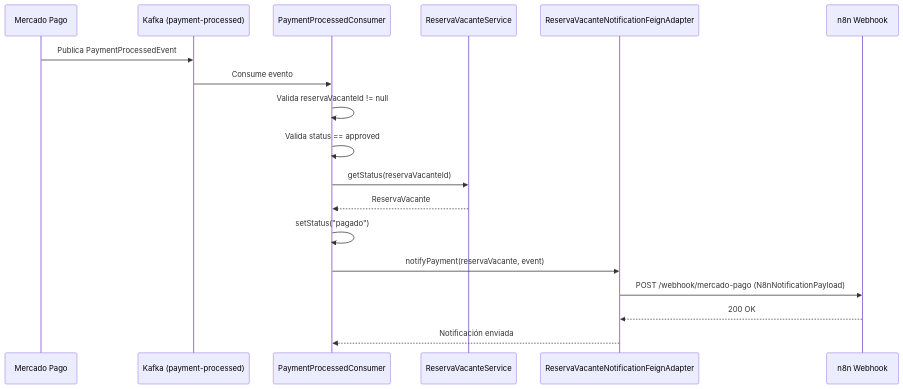
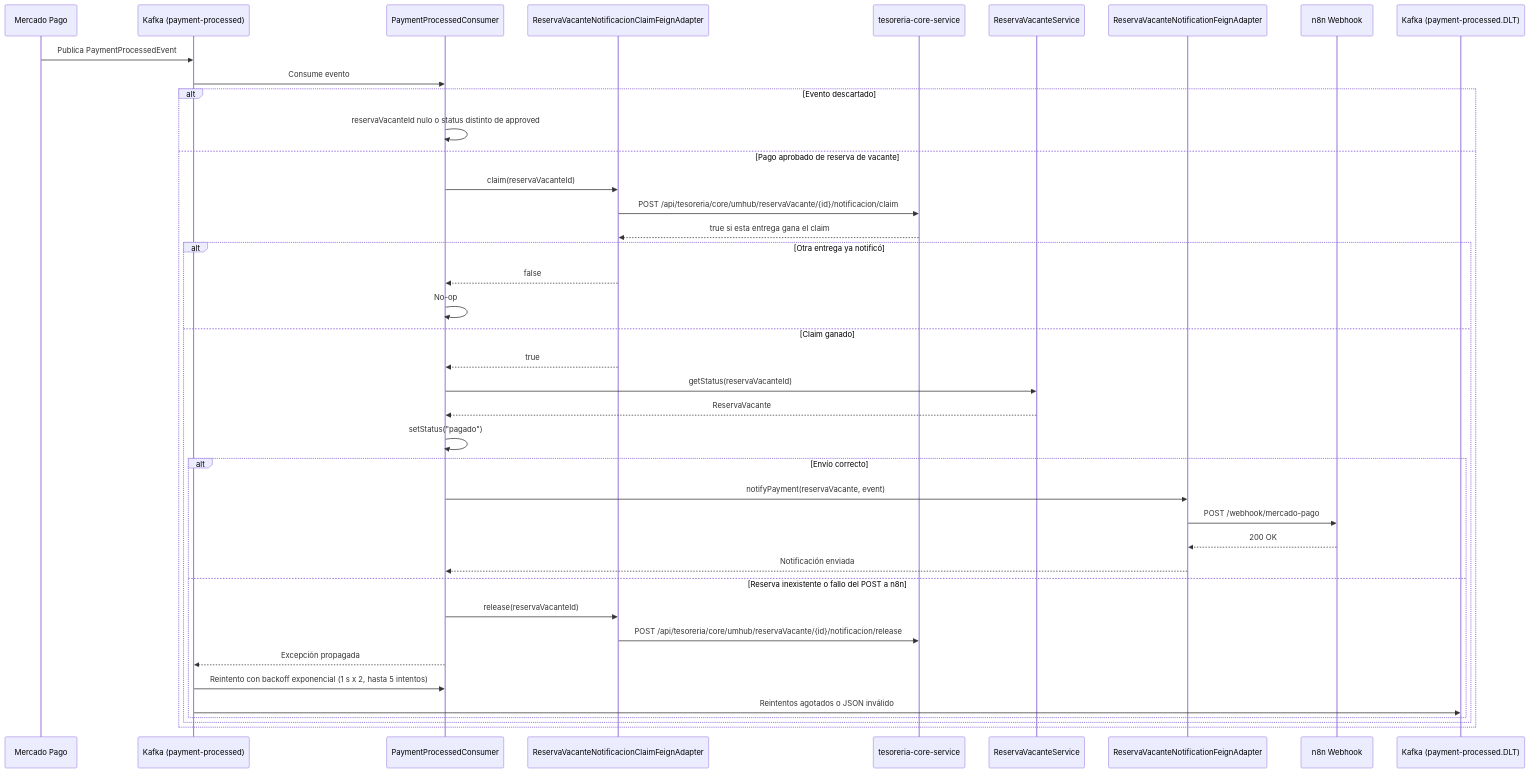
The diagram in docs/diagrams/flujo-pago-kafka.mmd (UM-services/UM.tesoreria.umhub-service), drawn with Mermaid before and after one commit. The commit also changed 6 other files, not shown here.

````diff
--- a/docs/diagrams/flujo-pago-kafka.mmd
+++ b/docs/diagrams/flujo-pago-kafka.mmd
@@ -1,21 +1,43 @@
 ```mermaid
 sequenceDiagram
     participant MP as Mercado Pago
     participant KAFKA as Kafka (payment-processed)
     participant CONSUMER as PaymentProcessedConsumer
+    participant CLAIM as ReservaVacanteNotificacionClaimFeignAdapter
+    participant CORE as tesoreria-core-service
     participant SVC as ReservaVacanteService
     participant NOTIF as ReservaVacanteNotificationFeignAdapter
     participant N8N as n8n Webhook
+    participant DLT as Kafka (payment-processed.DLT)
 
     MP->>KAFKA: Publica PaymentProcessedEvent
     KAFKA->>CONSUMER: Consume evento
-    CONSUMER->>CONSUMER: Valida reservaVacanteId != null
-    CONSUMER->>CONSUMER: Valida status == approved
-    CONSUMER->>SVC: getStatus(reservaVacanteId)
-    SVC-->>CONSUMER: ReservaVacante
-    CONSUMER->>CONSUMER: setStatus("pagado")
-    CONSUMER->>NOTIF: notifyPayment(reservaVacante, event)
-    NOTIF->>N8N: POST /webhook/mercado-pago (N8nNotificationPayload)
-    N8N-->>NOTIF: 200 OK
-    NOTIF-->>CONSUMER: Notificación enviada
+    alt Evento descartado
+        CONSUMER->>CONSUMER: reservaVacanteId nulo o status distinto de approved
+    else Pago aprobado de reserva de vacante
+        CONSUMER->>CLAIM: claim(reservaVacanteId)
+        CLAIM->>CORE: POST /api/tesoreria/core/umhub/reservaVacante/{id}/notificacion/claim
+        CORE-->>CLAIM: true si esta entrega gana el claim
+        alt Otra entrega ya notificó
+            CLAIM-->>CONSUMER: false
+            CONSUMER->>CONSUMER: No-op
+        else Claim ganado
+            CLAIM-->>CONSUMER: true
+            CONSUMER->>SVC: getStatus(reservaVacanteId)
+            SVC-->>CONSUMER: ReservaVacante
+            CONSUMER->>CONSUMER: setStatus("pagado")
+            alt Envío correcto
+                CONSUMER->>NOTIF: notifyPayment(reservaVacante, event)
+                NOTIF->>N8N: POST /webhook/mercado-pago
+                N8N-->>NOTIF: 200 OK
+                NOTIF-->>CONSUMER: Notificación enviada
+            else Reserva inexistente o fallo del POST a n8n
+                CONSUMER->>CLAIM: release(reservaVacanteId)
+                CLAIM->>CORE: POST /api/tesoreria/core/umhub/reservaVacante/{id}/notificacion/release
+                CONSUMER-->>KAFKA: Excepción propagada
+                KAFKA->>CONSUMER: Reintento con backoff exponencial (1 s x 2, hasta 5 intentos)
+                KAFKA->>DLT: Reintentos agotados o JSON inválido
+            end
+        end
+    end
 ```
````
